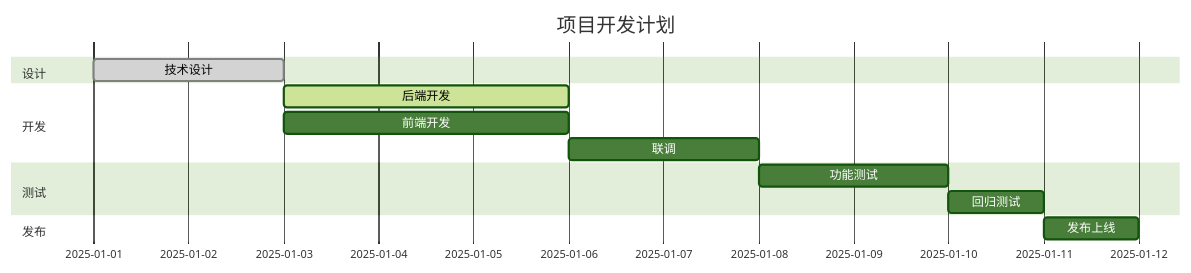
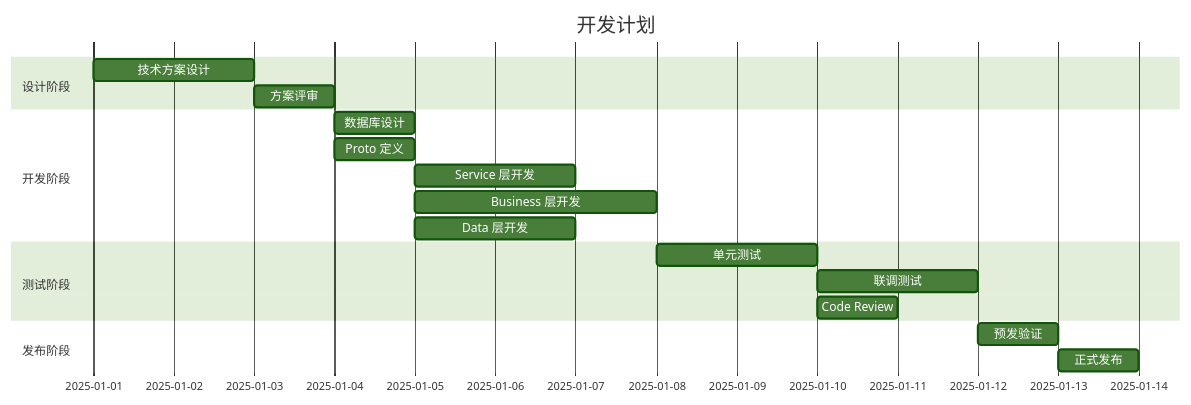
The second of 2 diagrams in docs/development_design_template.md (ikaiguang/go-srv-kit), drawn with Mermaid (forest theme) before and after one commit. The commit also changed other lines of this file and 45 other files, not shown here.

````diff
--- a/docs/development_design_template.md
+++ b/docs/development_design_template.md
@@ -615,16 +737,21 @@
 ```mermaid
 gantt
-    title 项目开发计划
+    title 开发计划
     dateFormat  YYYY-MM-DD
-    section 设计
-    技术设计           :done, des1, 2025-01-01, 2d
-    section 开发
-    后端开发           :active, dev1, 2025-01-03, 3d
-    前端开发           :dev2, 2025-01-03, 3d
-    联调               :dev3, after dev1, 2d
-    section 测试
-    功能测试           :test1, after dev3, 2d
-    回归测试           :test2, after test1, 1d
-    section 发布
-    发布上线           :rel1, after test2, 1d
+    section 设计阶段
+    技术方案设计     :a1, 2025-01-01, 2d
+    方案评审         :a2, after a1, 1d
+    section 开发阶段
+    数据库设计       :b1, after a2, 1d
+    Proto 定义       :b2, after a2, 1d
+    Service 层开发   :b3, after b2, 2d
+    Business 层开发  :b4, after b2, 3d
+    Data 层开发      :b5, after b2, 2d
+    section 测试阶段
+    单元测试         :c1, after b4, 2d
+    联调测试         :c2, after c1, 2d
+    Code Review      :c3, after c1, 1d
+    section 发布阶段
+    预发验证         :d1, after c2, 1d
+    正式发布         :d2, after d1, 1d
 ```
````
